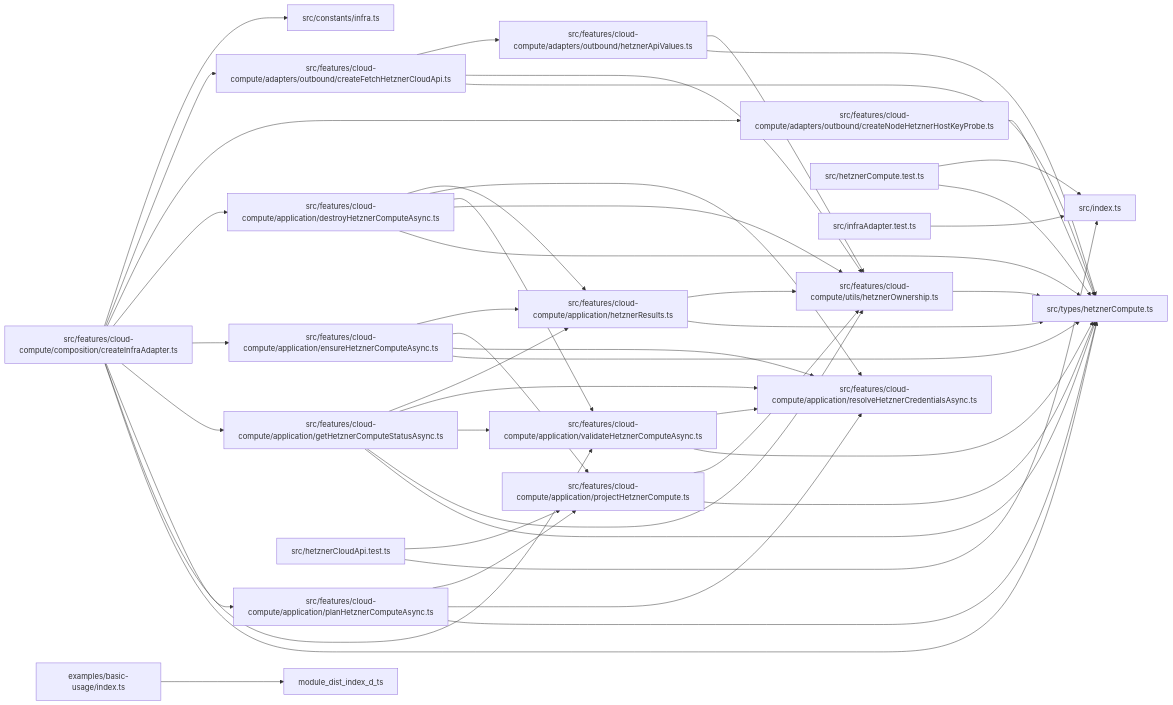
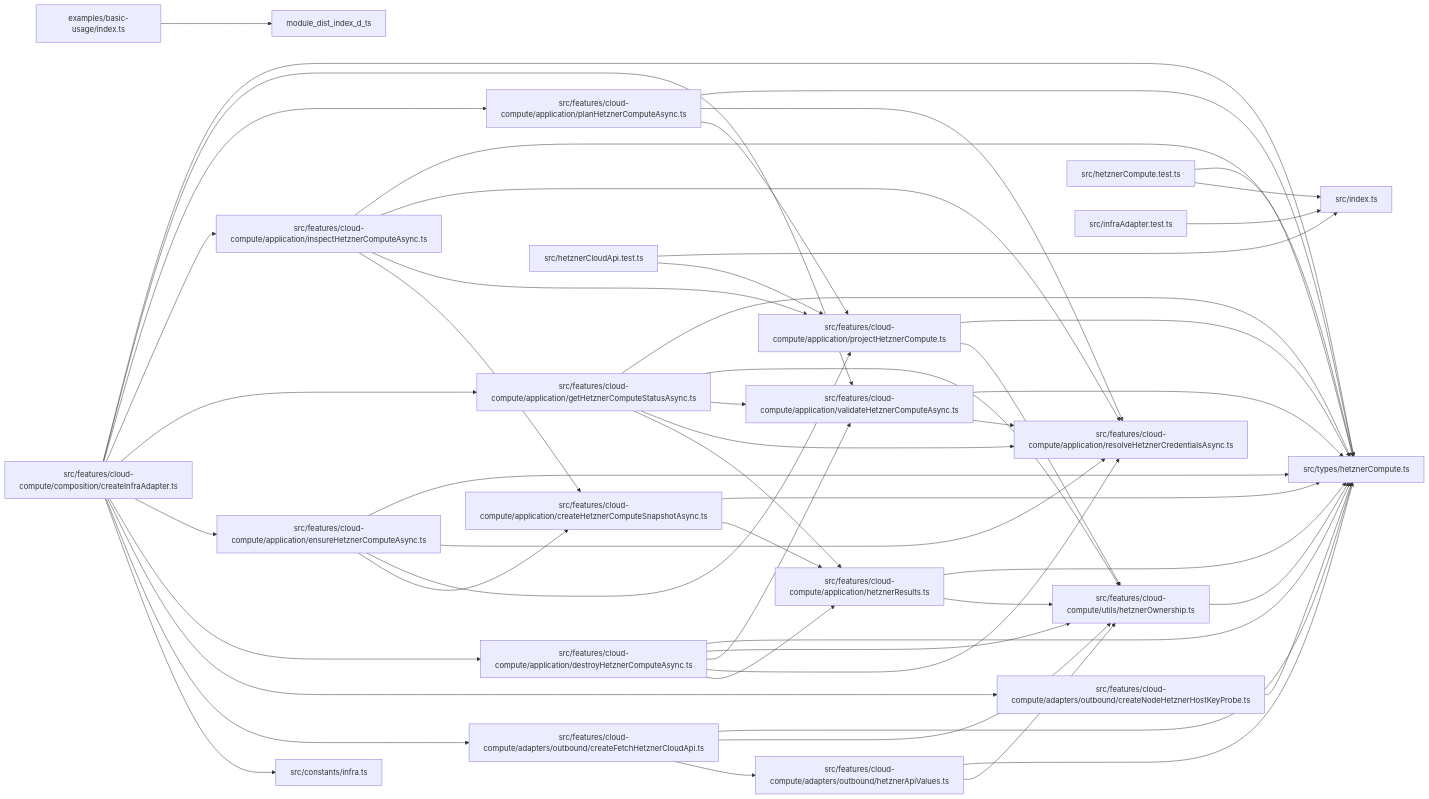
Before and after one commit to ankhorage/hetzner: the diagram in paradox/diagrams/module-relationships.mmd, drawn with Mermaid. The commit also changed 15 other files, not shown here.

```diff
--- a/paradox/diagrams/module-relationships.mmd
+++ b/paradox/diagrams/module-relationships.mmd
@@ -1,66 +1,75 @@
 graph LR
   module_examples_basic_usage_index_ts["examples/basic-usage/index.ts"]
   module_src_constants_infra_ts["src/constants/infra.ts"]
   module_src_features_cloud_compute_adapters_outbound_createFetchHetznerCloudApi_ts["src/features/cloud-compute/adapters/outbound/createFetchHetznerCloudApi.ts"]
   module_src_features_cloud_compute_adapters_outbound_createNodeHetznerHostKeyProbe_ts["src/features/cloud-compute/adapters/outbound/createNodeHetznerHostKeyProbe.ts"]
   module_src_features_cloud_compute_adapters_outbound_hetznerApiValues_ts["src/features/cloud-compute/adapters/outbound/hetznerApiValues.ts"]
+  module_src_features_cloud_compute_application_createHetznerComputeSnapshotAsync_ts["src/features/cloud-compute/application/createHetznerComputeSnapshotAsync.ts"]
   module_src_features_cloud_compute_application_destroyHetznerComputeAsync_ts["src/features/cloud-compute/application/destroyHetznerComputeAsync.ts"]
   module_src_features_cloud_compute_application_ensureHetznerComputeAsync_ts["src/features/cloud-compute/application/ensureHetznerComputeAsync.ts"]
   module_src_features_cloud_compute_application_getHetznerComputeStatusAsync_ts["src/features/cloud-compute/application/getHetznerComputeStatusAsync.ts"]
   module_src_features_cloud_compute_application_hetznerResults_ts["src/features/cloud-compute/application/hetznerResults.ts"]
+  module_src_features_cloud_compute_application_inspectHetznerComputeAsync_ts["src/features/cloud-compute/application/inspectHetznerComputeAsync.ts"]
   module_src_features_cloud_compute_application_planHetznerComputeAsync_ts["src/features/cloud-compute/application/planHetznerComputeAsync.ts"]
   module_src_features_cloud_compute_application_projectHetznerCompute_ts["src/features/cloud-compute/application/projectHetznerCompute.ts"]
   module_src_features_cloud_compute_application_resolveHetznerCredentialsAsync_ts["src/features/cloud-compute/application/resolveHetznerCredentialsAsync.ts"]
   module_src_features_cloud_compute_application_validateHetznerComputeAsync_ts["src/features/cloud-compute/application/validateHetznerComputeAsync.ts"]
   module_src_features_cloud_compute_composition_createInfraAdapter_ts["src/features/cloud-compute/composition/createInfraAdapter.ts"]
   module_src_features_cloud_compute_utils_hetznerOwnership_ts["src/features/cloud-compute/utils/hetznerOwnership.ts"]
   module_src_hetznerCloudApi_test_ts["src/hetznerCloudApi.test.ts"]
   module_src_hetznerCompute_test_ts["src/hetznerCompute.test.ts"]
   module_src_index_ts["src/index.ts"]
   module_src_infraAdapter_test_ts["src/infraAdapter.test.ts"]
   module_src_types_hetznerCompute_ts["src/types/hetznerCompute.ts"]
   module_examples_basic_usage_index_ts --> module_dist_index_d_ts
   module_src_features_cloud_compute_adapters_outbound_createFetchHetznerCloudApi_ts --> module_src_features_cloud_compute_adapters_outbound_hetznerApiValues_ts
   module_src_features_cloud_compute_adapters_outbound_createFetchHetznerCloudApi_ts --> module_src_features_cloud_compute_utils_hetznerOwnership_ts
   module_src_features_cloud_compute_adapters_outbound_createFetchHetznerCloudApi_ts --> module_src_types_hetznerCompute_ts
   module_src_features_cloud_compute_adapters_outbound_createNodeHetznerHostKeyProbe_ts --> module_src_types_hetznerCompute_ts
   module_src_features_cloud_compute_adapters_outbound_hetznerApiValues_ts --> module_src_features_cloud_compute_utils_hetznerOwnership_ts
   module_src_features_cloud_compute_adapters_outbound_hetznerApiValues_ts --> module_src_types_hetznerCompute_ts
+  module_src_features_cloud_compute_application_createHetznerComputeSnapshotAsync_ts --> module_src_features_cloud_compute_application_hetznerResults_ts
+  module_src_features_cloud_compute_application_createHetznerComputeSnapshotAsync_ts --> module_src_types_hetznerCompute_ts
   module_src_features_cloud_compute_application_destroyHetznerComputeAsync_ts --> module_src_features_cloud_compute_application_hetznerResults_ts
   module_src_features_cloud_compute_application_destroyHetznerComputeAsync_ts --> module_src_features_cloud_compute_application_resolveHetznerCredentialsAsync_ts
   module_src_features_cloud_compute_application_destroyHetznerComputeAsync_ts --> module_src_features_cloud_compute_application_validateHetznerComputeAsync_ts
   module_src_features_cloud_compute_application_destroyHetznerComputeAsync_ts --> module_src_features_cloud_compute_utils_hetznerOwnership_ts
   module_src_features_cloud_compute_application_destroyHetznerComputeAsync_ts --> module_src_types_hetznerCompute_ts
-  module_src_features_cloud_compute_application_ensureHetznerComputeAsync_ts --> module_src_features_cloud_compute_application_hetznerResults_ts
+  module_src_features_cloud_compute_application_ensureHetznerComputeAsync_ts --> module_src_features_cloud_compute_application_createHetznerComputeSnapshotAsync_ts
   module_src_features_cloud_compute_application_ensureHetznerComputeAsync_ts --> module_src_features_cloud_compute_application_projectHetznerCompute_ts
   module_src_features_cloud_compute_application_ensureHetznerComputeAsync_ts --> module_src_features_cloud_compute_application_resolveHetznerCredentialsAsync_ts
   module_src_features_cloud_compute_application_ensureHetznerComputeAsync_ts --> module_src_types_hetznerCompute_ts
   module_src_features_cloud_compute_application_getHetznerComputeStatusAsync_ts --> module_src_features_cloud_compute_application_hetznerResults_ts
   module_src_features_cloud_compute_application_getHetznerComputeStatusAsync_ts --> module_src_features_cloud_compute_application_resolveHetznerCredentialsAsync_ts
   module_src_features_cloud_compute_application_getHetznerComputeStatusAsync_ts --> module_src_features_cloud_compute_application_validateHetznerComputeAsync_ts
   module_src_features_cloud_compute_application_getHetznerComputeStatusAsync_ts --> module_src_features_cloud_compute_utils_hetznerOwnership_ts
   module_src_features_cloud_compute_application_getHetznerComputeStatusAsync_ts --> module_src_types_hetznerCompute_ts
   module_src_features_cloud_compute_application_hetznerResults_ts --> module_src_features_cloud_compute_utils_hetznerOwnership_ts
   module_src_features_cloud_compute_application_hetznerResults_ts --> module_src_types_hetznerCompute_ts
+  module_src_features_cloud_compute_application_inspectHetznerComputeAsync_ts --> module_src_features_cloud_compute_application_createHetznerComputeSnapshotAsync_ts
+  module_src_features_cloud_compute_application_inspectHetznerComputeAsync_ts --> module_src_features_cloud_compute_application_projectHetznerCompute_ts
+  module_src_features_cloud_compute_application_inspectHetznerComputeAsync_ts --> module_src_features_cloud_compute_application_resolveHetznerCredentialsAsync_ts
+  module_src_features_cloud_compute_application_inspectHetznerComputeAsync_ts --> module_src_types_hetznerCompute_ts
   module_src_features_cloud_compute_application_planHetznerComputeAsync_ts --> module_src_features_cloud_compute_application_projectHetznerCompute_ts
   module_src_features_cloud_compute_application_planHetznerComputeAsync_ts --> module_src_features_cloud_compute_application_resolveHetznerCredentialsAsync_ts
   module_src_features_cloud_compute_application_planHetznerComputeAsync_ts --> module_src_types_hetznerCompute_ts
   module_src_features_cloud_compute_application_projectHetznerCompute_ts --> module_src_features_cloud_compute_utils_hetznerOwnership_ts
   module_src_features_cloud_compute_application_projectHetznerCompute_ts --> module_src_types_hetznerCompute_ts
   module_src_features_cloud_compute_application_validateHetznerComputeAsync_ts --> module_src_features_cloud_compute_application_resolveHetznerCredentialsAsync_ts
   module_src_features_cloud_compute_application_validateHetznerComputeAsync_ts --> module_src_types_hetznerCompute_ts
   module_src_features_cloud_compute_composition_createInfraAdapter_ts --> module_src_constants_infra_ts
   module_src_features_cloud_compute_composition_createInfraAdapter_ts --> module_src_features_cloud_compute_adapters_outbound_createFetchHetznerCloudApi_ts
   module_src_features_cloud_compute_composition_createInfraAdapter_ts --> module_src_features_cloud_compute_adapters_outbound_createNodeHetznerHostKeyProbe_ts
   module_src_features_cloud_compute_composition_createInfraAdapter_ts --> module_src_features_cloud_compute_application_destroyHetznerComputeAsync_ts
   module_src_features_cloud_compute_composition_createInfraAdapter_ts --> module_src_features_cloud_compute_application_ensureHetznerComputeAsync_ts
   module_src_features_cloud_compute_composition_createInfraAdapter_ts --> module_src_features_cloud_compute_application_getHetznerComputeStatusAsync_ts
+  module_src_features_cloud_compute_composition_createInfraAdapter_ts --> module_src_features_cloud_compute_application_inspectHetznerComputeAsync_ts
   module_src_features_cloud_compute_composition_createInfraAdapter_ts --> module_src_features_cloud_compute_application_planHetznerComputeAsync_ts
   module_src_features_cloud_compute_composition_createInfraAdapter_ts --> module_src_features_cloud_compute_application_validateHetznerComputeAsync_ts
   module_src_features_cloud_compute_composition_createInfraAdapter_ts --> module_src_types_hetznerCompute_ts
   module_src_features_cloud_compute_utils_hetznerOwnership_ts --> module_src_types_hetznerCompute_ts
   module_src_hetznerCloudApi_test_ts --> module_src_features_cloud_compute_application_projectHetznerCompute_ts
   module_src_hetznerCloudApi_test_ts --> module_src_index_ts
   module_src_hetznerCompute_test_ts --> module_src_index_ts
   module_src_hetznerCompute_test_ts --> module_src_types_hetznerCompute_ts
   module_src_infraAdapter_test_ts --> module_src_index_ts
```
